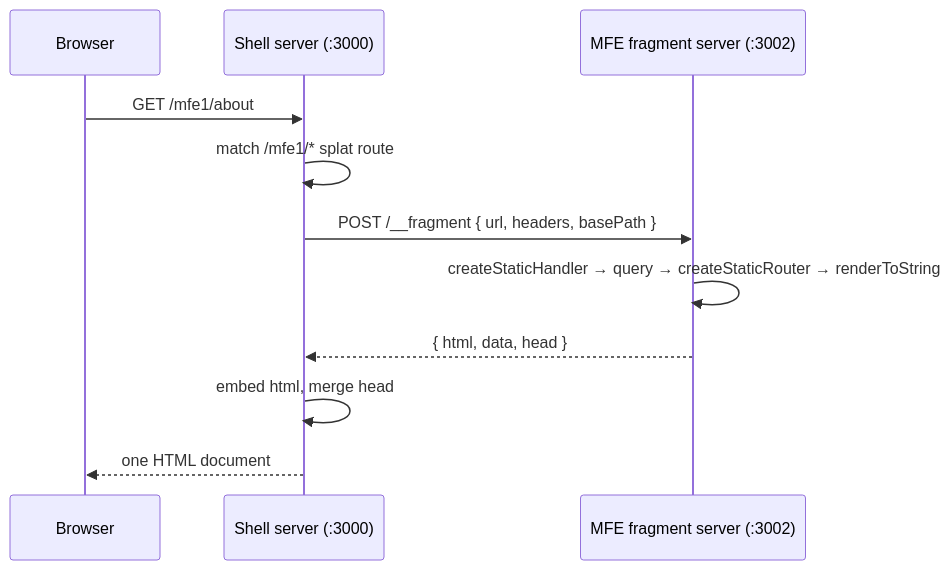
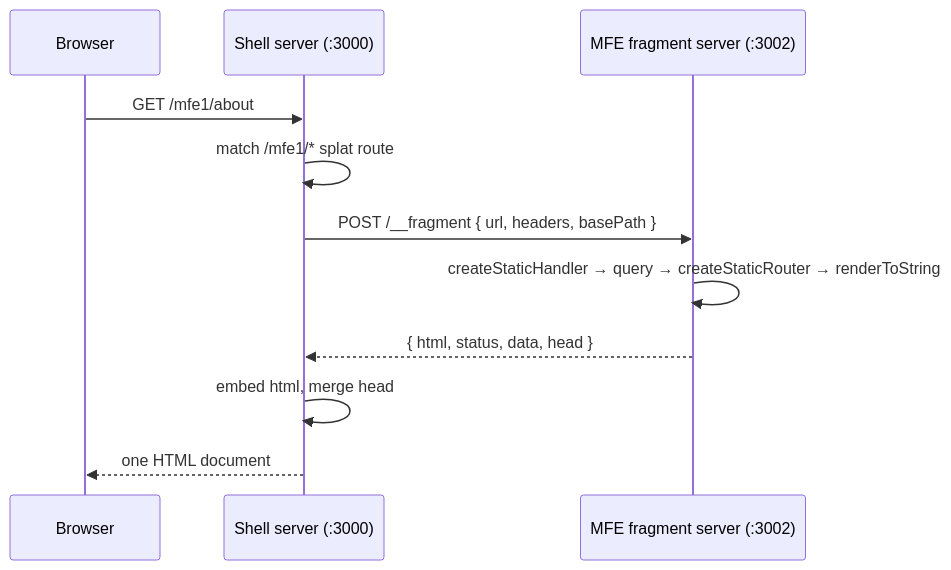
One commit to RBNBLS/ssr-microfrontends changed the first of 2 diagrams in render-and-hydration-flow.md. Above: the diagram before and after it, drawn with Mermaid. The commit also changed 7 other files, not shown here.

````diff
--- a/render-and-hydration-flow.md
+++ b/render-and-hydration-flow.md
@@ -24,14 +24,14 @@
 ```mermaid
 sequenceDiagram
     participant B as Browser
     participant S as Shell server (:3000)
     participant M as MFE fragment server (:3002)
 
     B->>S: GET /mfe1/about
     S->>S: match /mfe1/* splat route
     S->>M: POST /__fragment { url, headers, basePath }
     M->>M: createStaticHandler → query → createStaticRouter → renderToString
-    M-->>S: { html, data, head }
+    M-->>S: { html, status, data, head }
     S->>S: embed html, merge head
     S-->>B: one HTML document
 ```
````
